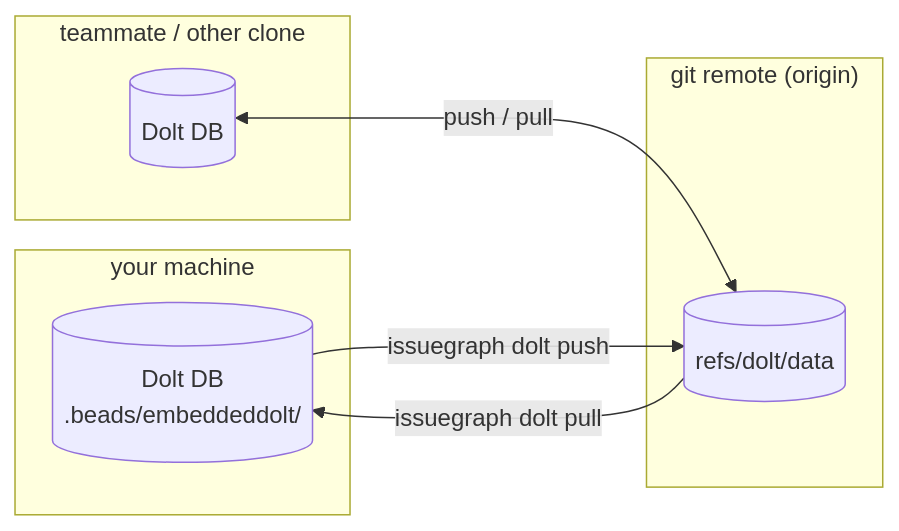
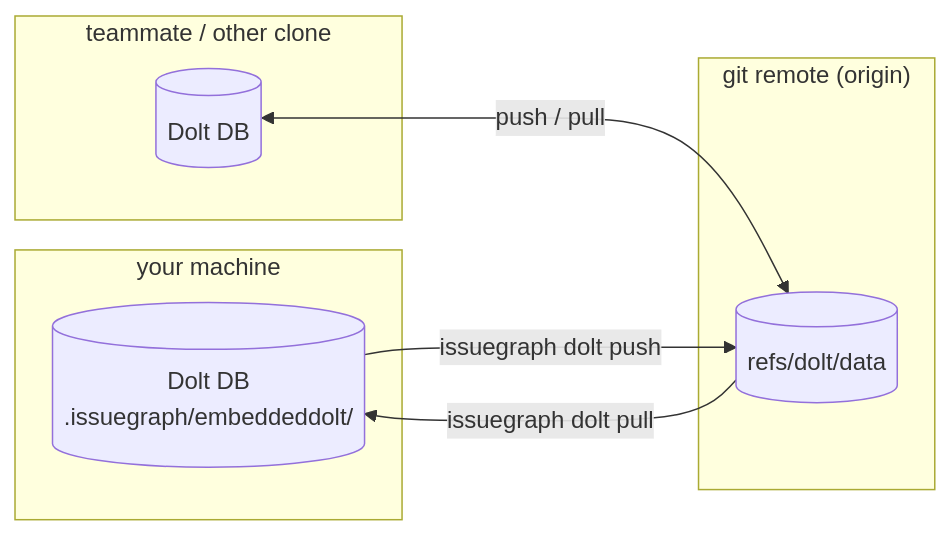
One commit to borg0ai/dx-issuegraph changed the fourth of 4 diagrams in docs/core-concepts/index.md. Above: the diagram before and after it, drawn with Mermaid. The commit also changed other lines of this file and 3234 other files, not shown here.

````diff
--- a/docs/core-concepts/index.md
+++ b/docs/core-concepts/index.md
@@ -120,15 +120,15 @@
 ```mermaid
 flowchart LR
     subgraph you["your machine"]
-        db[("Dolt DB<br/>.beads/embeddeddolt/")]
+        db[("Dolt DB<br/>.issuegraph/embeddeddolt/")]
     end
     subgraph remote["git remote (origin)"]
         ref[("refs/dolt/data")]
     end
     subgraph teammate["teammate / other clone"]
         db2[("Dolt DB")]
     end
     db -->|issuegraph dolt push| ref
     ref -->|issuegraph dolt pull| db
     db2 <-->|push / pull| ref
 ```
````
